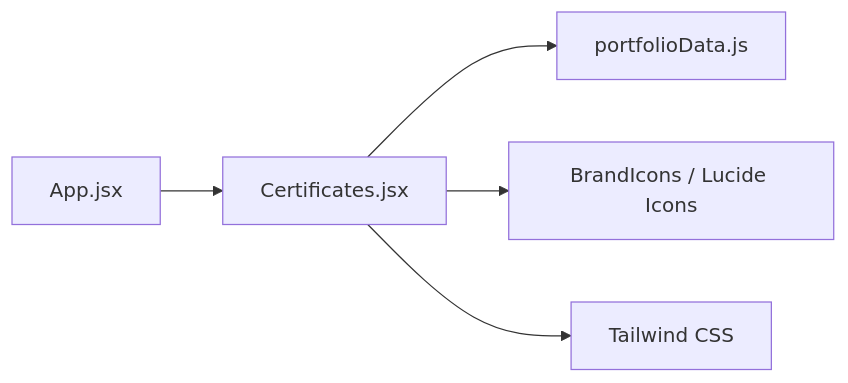
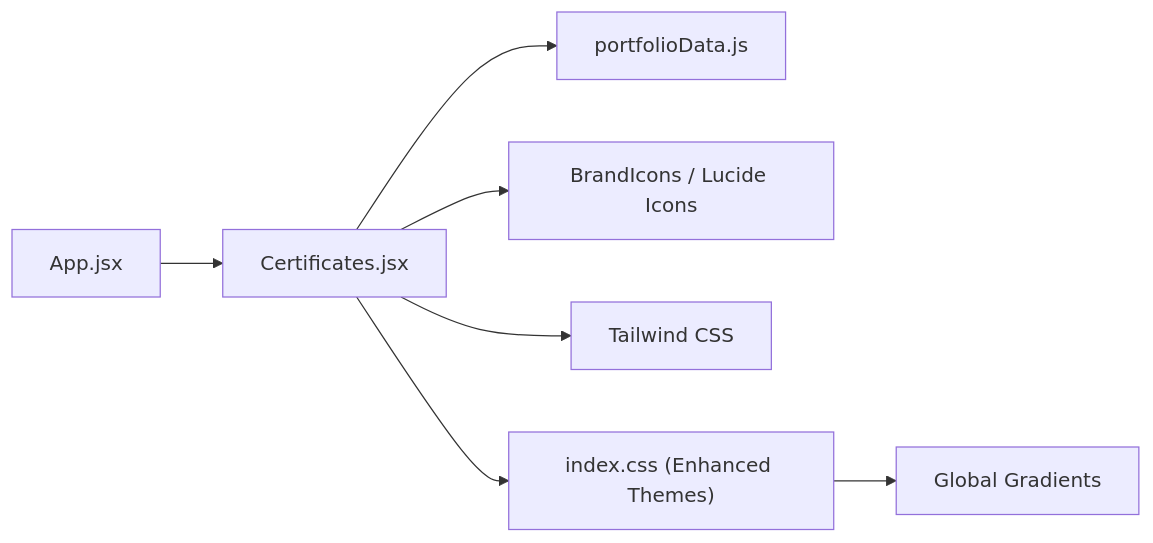
The sixth of 6 diagrams in .qoder/repowiki/en/content/Core Features/Certificates Management.md (Gokulnath33/portfolio), drawn with Mermaid before and after one commit. The commit also changed other lines of this file and 34 other files, not shown here.

````diff
--- a/.qoder/repowiki/en/content/Core Features/Certificates Management.md
+++ b/.qoder/repowiki/en/content/Core Features/Certificates Management.md
@@ -279,7 +352,9 @@
 ```mermaid
 graph LR
 App["App.jsx"] --> Certs["Certificates.jsx"]
 Certs --> Data["portfolioData.js"]
 Certs --> Icons["BrandIcons / Lucide Icons"]
 Certs --> Styles["Tailwind CSS"]
+Certs --> Theme["index.css (Enhanced Themes)"]
+Theme --> Gradients["Global Gradients"]
 ```
````
